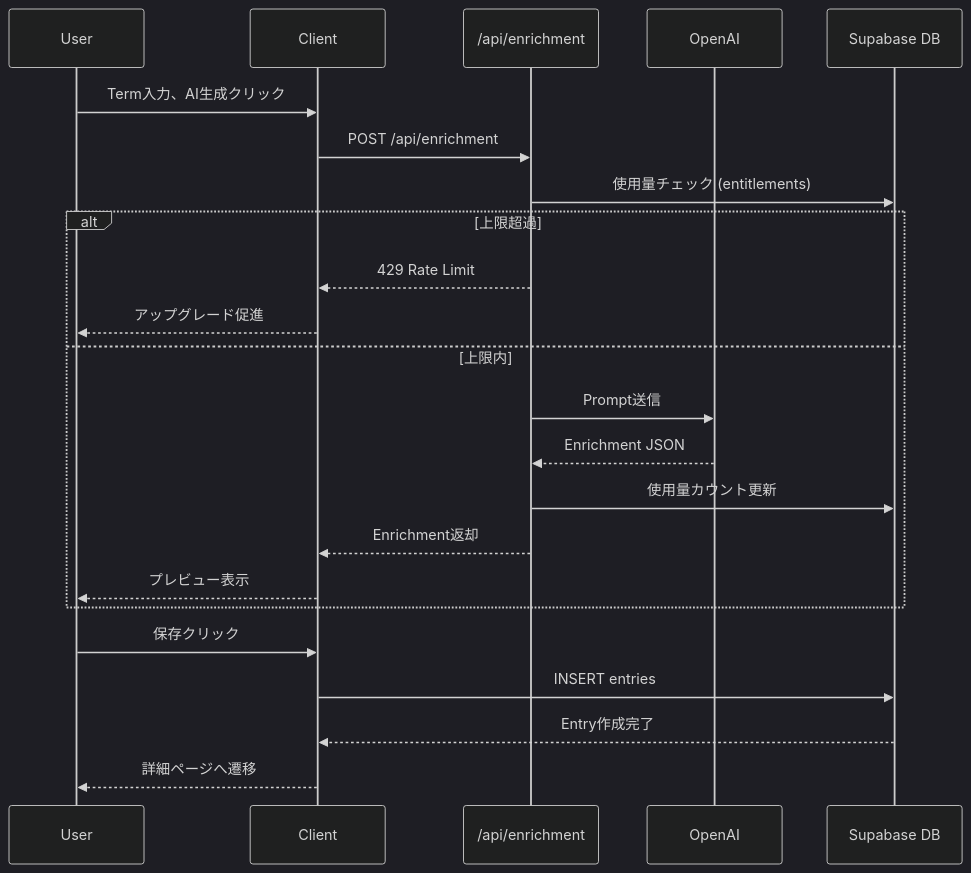
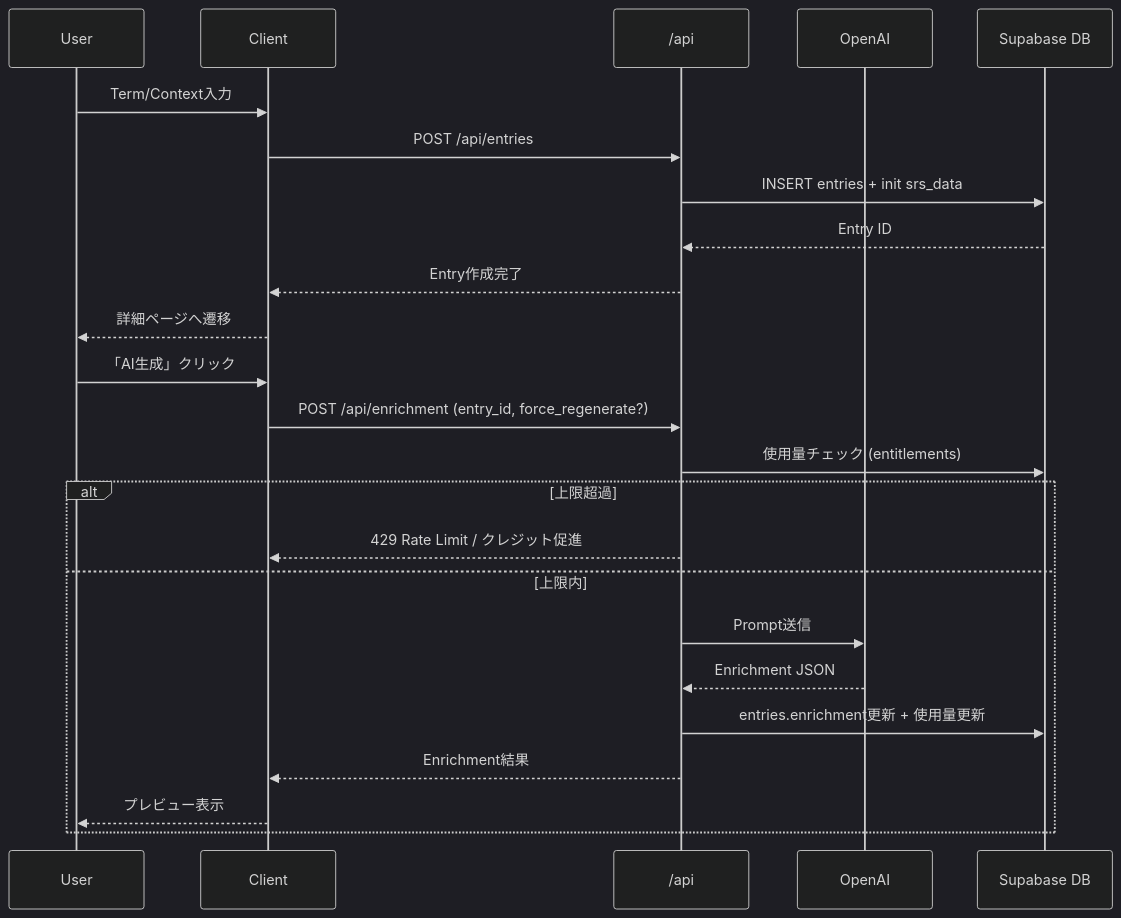
One commit to yoshi22/TaileredDictionary2U changed the second of 4 diagrams in docs/03_architecture_web.md. Above: the diagram before and after it, drawn with Mermaid (dark theme). The commit also changed other lines of this file and 199 other files, not shown here.

````diff
--- a/docs/03_architecture_web.md
+++ b/docs/03_architecture_web.md
@@ -131,27 +142,28 @@
 ```mermaid
 sequenceDiagram
     participant U as User
     participant C as Client
-    participant API as /api/enrichment
+    participant API as /api
     participant LLM as OpenAI
     participant DB as Supabase DB
 
-    U->>C: Term入力、AI生成クリック
-    C->>API: POST /api/enrichment
+    U->>C: Term/Context入力
+    C->>API: POST /api/entries
+    API->>DB: INSERT entries + init srs_data
+    DB-->>API: Entry ID
+    API-->>C: Entry作成完了
+    C-->>U: 詳細ページへ遷移
+
+    U->>C: 「AI生成」クリック
+    C->>API: POST /api/enrichment (entry_id, force_regenerate?)
     API->>DB: 使用量チェック (entitlements)
     alt 上限超過
-        API-->>C: 429 Rate Limit
-        C-->>U: アップグレード促進
+        API-->>C: 429 Rate Limit / クレジット促進
     else 上限内
         API->>LLM: Prompt送信
         LLM-->>API: Enrichment JSON
-        API->>DB: 使用量カウント更新
-        API-->>C: Enrichment返却
+        API->>DB: entries.enrichment更新 + 使用量更新
+        API-->>C: Enrichment結果
         C-->>U: プレビュー表示
     end
-
-    U->>C: 保存クリック
-    C->>DB: INSERT entries
-    DB-->>C: Entry作成完了
-    C-->>U: 詳細ページへ遷移
 ```
````
